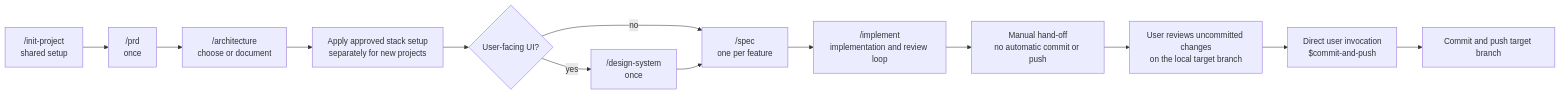
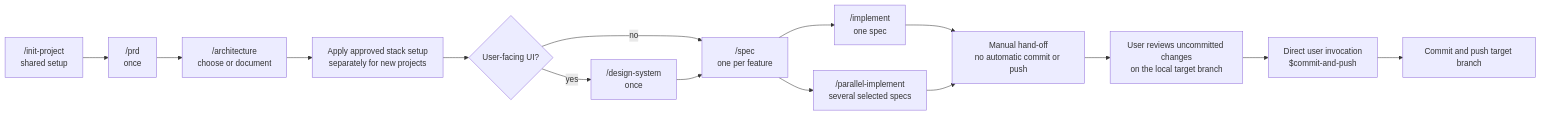
Before and after one commit to the-blue-coder/agentic-starter: the first of 3 diagrams in README.md, drawn with Mermaid. The commit also changed other lines of this file and 21 other files, not shown here.

Commit message:
add parallel spec workflow and clarify onboarding

````diff
--- a/README.md
+++ b/README.md
@@ -11,15 +11,17 @@
 ```mermaid
 flowchart LR
   init["/init-project<br/>shared setup"] --> prd["/prd<br/>once"]
   prd --> arch["/architecture<br/>choose or document"]
   arch --> setup["Apply approved stack setup<br/>separately for new projects"]
   setup --> ui{"User-facing UI?"}
   ui -- no --> spec["/spec<br/>one per feature"]
   ui -- yes --> design["/design-system<br/>once"]
   design --> spec
-  spec --> implement["/implement<br/>implementation and review loop"]
+  spec --> implement["/implement<br/>one spec"]
+  spec --> parallel["/parallel-implement<br/>several selected specs"]
   implement --> handoff["Manual hand-off<br/>no automatic commit or push"]
+  parallel --> handoff
   handoff --> review["User reviews uncommitted changes<br/>on the local target branch"]
   review --> ship["Direct user invocation<br/>$commit-and-push"]
   ship --> push["Commit and push target branch"]
 ```
````
